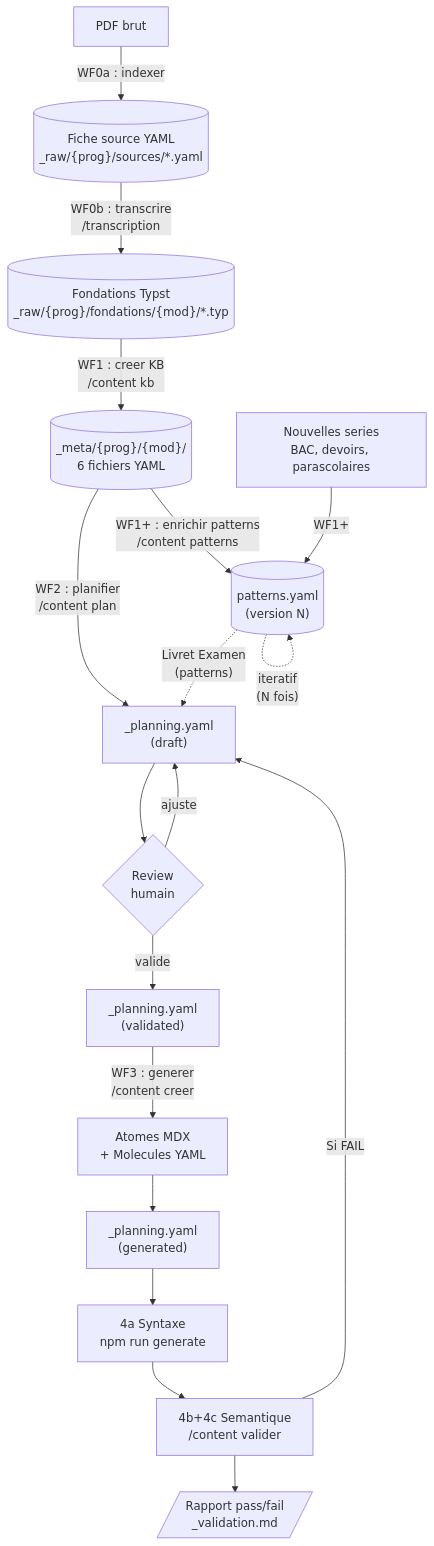
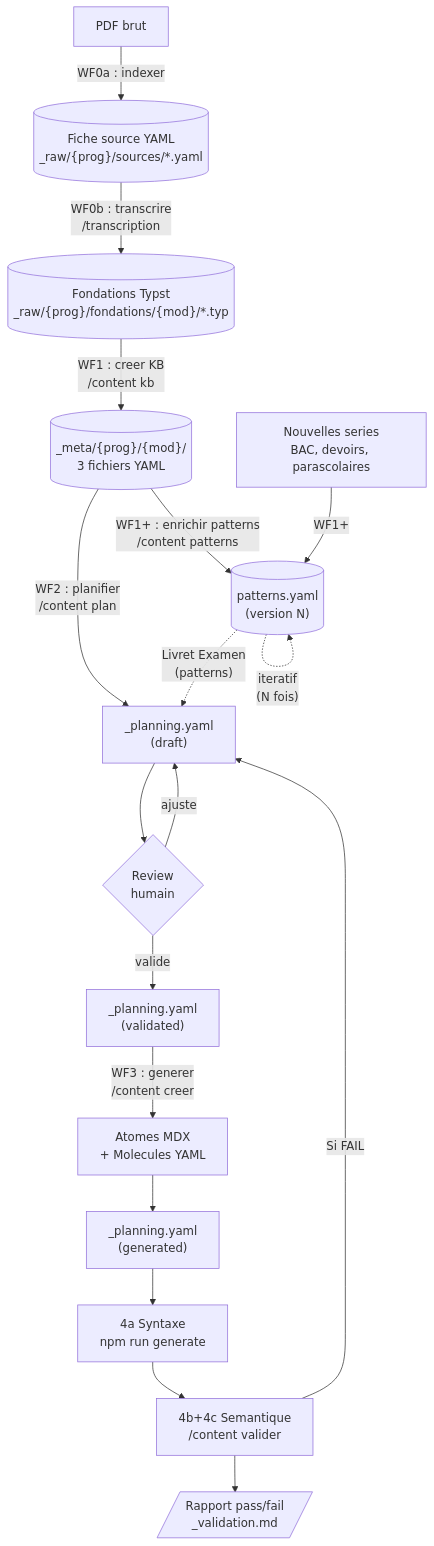
The first of 8 diagrams in docs/content-agentic-workflow.md (bilalYezzaGit/learning-web), drawn with Mermaid before and after one commit. The commit also changed other lines of this file, not shown here.

First line of the commit message:
Synchroniser content-agentic-workflow.md avec l'etat reel du systeme

````diff
--- a/docs/content-agentic-workflow.md
+++ b/docs/content-agentic-workflow.md
@@ -93,20 +90,20 @@
 ```mermaid
 flowchart TD
     PDF["PDF brut"] -->|"WF0a : indexer"| Fiche[("Fiche source YAML\n_raw/{prog}/sources/*.yaml")]
     Fiche -->|"WF0b : transcrire\n/transcription"| Typst[("Fondations Typst\n_raw/{prog}/fondations/{mod}/*.typ")]
-    Typst -->|"WF1 : creer KB\n/content kb"| Meta[("_meta/{prog}/{mod}/\n6 fichiers YAML")]
+    Typst -->|"WF1 : creer KB\n/content kb"| Meta[("_meta/{prog}/{mod}/\n3 fichiers YAML")]
     Meta -->|"WF1+ : enrichir patterns\n/content patterns"| Patterns[("patterns.yaml\n(version N)")]
     Series["Nouvelles series\nBAC, devoirs, parascolaires"] -->|"WF1+"| Patterns
     Patterns -.->|"iteratif\n(N fois)"| Patterns
     Meta -->|"WF2 : planifier\n/content plan"| Plan["_planning.yaml\n(draft)"]
     Patterns -.->|"Livret Examen\n(patterns)"| Plan
     Plan --> Review{"Review\nhumain"}
     Review -->|"ajuste"| Plan
     Review -->|"valide"| PlanV["_planning.yaml\n(validated)"]
     PlanV -->|"WF3 : generer\n/content creer"| Contenu["Atomes MDX\n+ Molecules YAML"]
     Contenu --> PlanG["_planning.yaml\n(generated)"]
     PlanG --> V4a["4a Syntaxe\nnpm run generate"]
     V4a --> V4bc["4b+4c Semantique\n/content valider"]
     V4bc --> Rapport[/"Rapport pass/fail\n_validation.md"/]
     V4bc -->|"Si FAIL"| Plan
 ```
````
